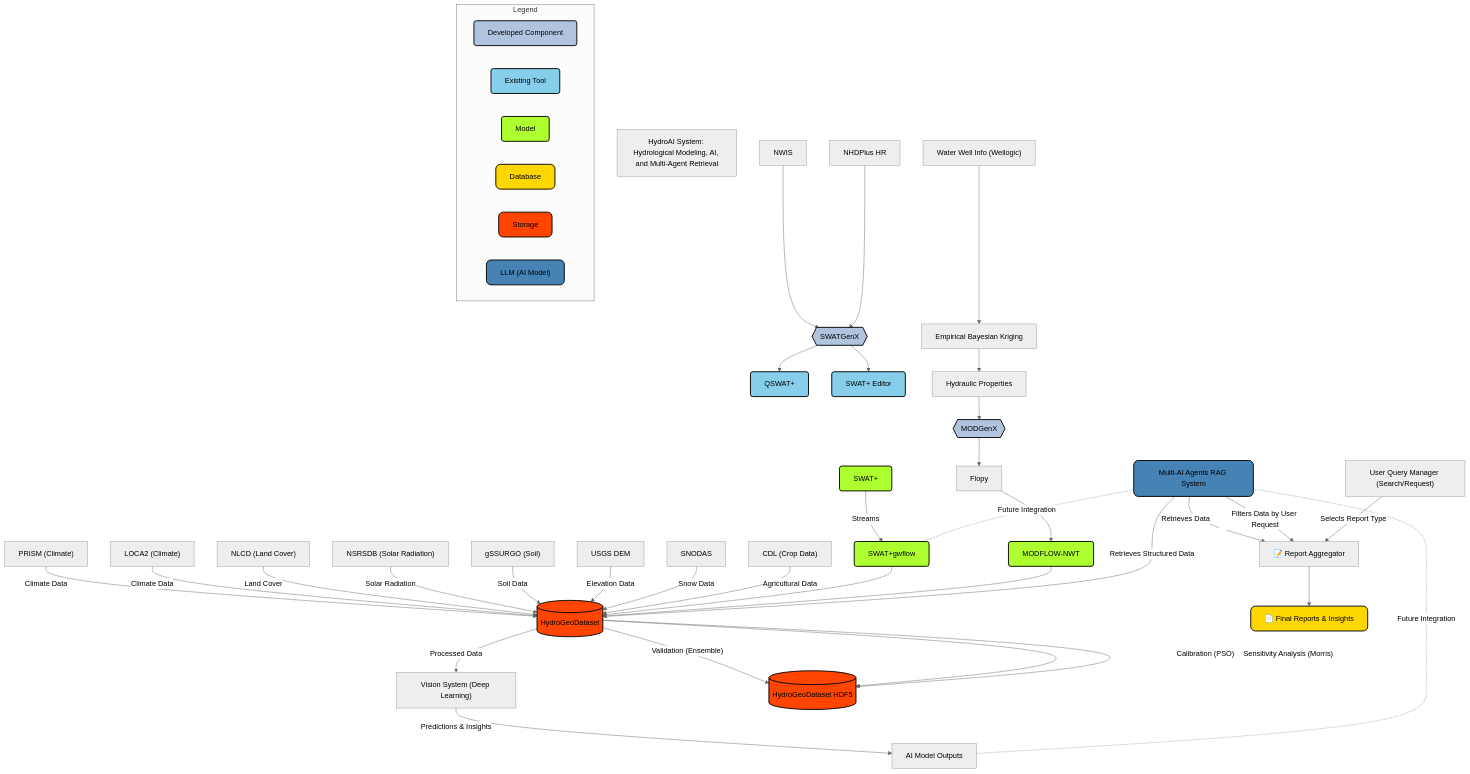
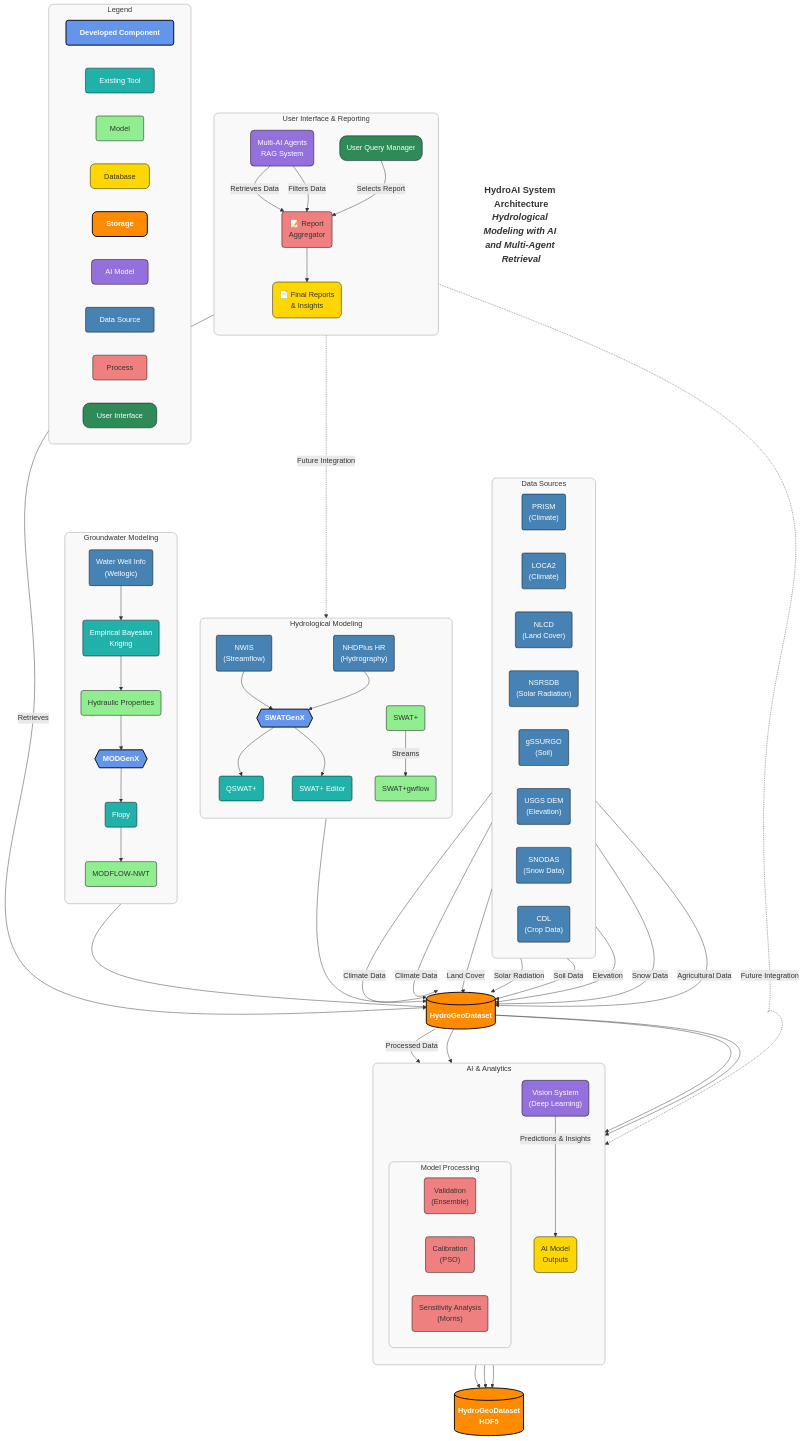
One commit to VahidMSU/HydroDeepNet changed the diagram in README.md. Above: the diagram before and after it, drawn with Mermaid.

Commit message:
Fix Mermaid rendering issue

````diff
--- a/README.md
+++ b/README.md
@@ -1,56 +1,116 @@
 ```mermaid
-%%{init: {'theme': 'neutral', 'flowchart': {'curve': 'basis'}}}%%
+%%{init: {'theme': 'default', 'flowchart': {'curve': 'natural', 'diagramPadding': 20}, 'themeVariables': {'fontSize': '16px', 'fontFamily': 'arial'}}}%%
 graph TB
-    title["HydroAI System: Hydrological Modeling, AI, and Multi-Agent Retrieval"]
+    title["<b>HydroAI System Architecture</b><br><i>Hydrological Modeling with AI and Multi-Agent Retrieval</i>"]:::title
 
-    %% Data Sources
-    PRISM["PRISM (Climate)"] -->|Climate Data| HydroGeoDataset[(HydroGeoDataset)]
-    LOCA2["LOCA2 (Climate)"] -->|Climate Data| HydroGeoDataset
-    NLCD["NLCD (Land Cover)"] -->|Land Cover| HydroGeoDataset
-    NSRSDB["NSRSDB (Solar Radiation)"] -->|Solar Radiation| HydroGeoDataset
-    gSSURGO["gSSURGO (Soil)"] -->|Soil Data| HydroGeoDataset
-    USGSDEM["USGS DEM"] -->|Elevation Data| HydroGeoDataset
-    SNODAS["SNODAS"] -->|Snow Data| HydroGeoDataset
-    CDL["CDL (Crop Data)"] -->|Agricultural Data| HydroGeoDataset
+    %% Main subgraphs for logical organization
+    subgraph DataSources["Data Sources"]
+        direction LR
+        PRISM("PRISM<br>(Climate)"):::datasource
+        LOCA2("LOCA2<br>(Climate)"):::datasource
+        NLCD("NLCD<br>(Land Cover)"):::datasource
+        NSRSDB("NSRSDB<br>(Solar Radiation)"):::datasource
+        gSSURGO("gSSURGO<br>(Soil)"):::datasource
+        USGSDEM("USGS DEM<br>(Elevation)"):::datasource
+        SNODAS("SNODAS<br>(Snow Data)"):::datasource
+        CDL("CDL<br>(Crop Data)"):::datasource
+    end
 
-    %% Hydrological Model Processing
-    NWIS["NWIS"] --> SWATGenX{{SWATGenX}}
-    NHDPlusHR["NHDPlus HR"] --> SWATGenX
-    SWATGenX --> QSWATPlus["QSWAT+"]
-    SWATGenX --> SWATPlusEditor["SWAT+ Editor"]
-    SWATPlus["SWAT+"] -->|Streams| SWATPlusGwflow["SWAT+gwflow"]
+    subgraph HydroModels["Hydrological Modeling"]
+        direction TB
+        NWIS("NWIS<br>(Streamflow)"):::datasource
+        NHDPlusHR("NHDPlus HR<br>(Hydrography)"):::datasource
+        SWATGenX{{SWATGenX}}:::developed
+        QSWATPlus("QSWAT+"):::existing
+        SWATPlusEditor("SWAT+ Editor"):::existing
+        SWATPlus("SWAT+"):::models
+        SWATPlusGwflow("SWAT+gwflow"):::models
+    end
+
+    subgraph GWModels["Groundwater Modeling"]
+        direction TB
+        WellInfo("Water Well Info<br>(Wellogic)"):::datasource
+        EBK("Empirical Bayesian<br>Kriging"):::existing
+        HydraulicProps("Hydraulic Properties"):::models
+        MODGenX{{MODGenX}}:::developed
+        Flopy("Flopy"):::existing
+        MODFLOWNWT("MODFLOW-NWT"):::models
+    end
+    
+    subgraph AI["AI & Analytics"]
+        direction TB
+        VisionSystem("Vision System<br>(Deep Learning)"):::llm
+        AI_Output("AI Model<br>Outputs"):::database
+        
+        subgraph ModelProcessing["Model Processing"]
+            direction LR
+            Validation("Validation<br>(Ensemble)"):::process
+            Calibration("Calibration<br>(PSO)"):::process
+            Sensitivity("Sensitivity Analysis<br>(Morris)"):::process
+        end
+    end
+    
+    subgraph UserInterface["User Interface & Reporting"]
+        direction TB
+        UserQuery("User Query Manager"):::user
+        MultiAI("Multi-AI Agents<br>RAG System"):::llm
+        ReportAggregator("📝 Report<br>Aggregator"):::process
+        Reports("📄 Final Reports<br>& Insights"):::database
+    end
+    
+    %% Central data storage
+    HydroGeoDataset[("HydroGeoDataset")]:::storage
+    HydroGeoDataset_HDF5[("HydroGeoDataset<br>HDF5")]:::storage
+    
+    %% Connections between components
+    %% Data source connections
+    PRISM -->|Climate Data| HydroGeoDataset
+    LOCA2 -->|Climate Data| HydroGeoDataset
+    NLCD -->|Land Cover| HydroGeoDataset
+    NSRSDB -->|Solar Radiation| HydroGeoDataset
+    gSSURGO -->|Soil Data| HydroGeoDataset
+    USGSDEM -->|Elevation| HydroGeoDataset
+    SNODAS -->|Snow Data| HydroGeoDataset
+    CDL -->|Agricultural Data| HydroGeoDataset
+
+    %% Hydrological modeling connections
+    NWIS --> SWATGenX
+    NHDPlusHR --> SWATGenX
+    SWATGenX --> QSWATPlus
+    SWATGenX --> SWATPlusEditor
+    SWATPlus -->|Streams| SWATPlusGwflow
     SWATPlusGwflow --> HydroGeoDataset
 
-    %% Groundwater Model Processing
-    WellInfo["Water Well Info (Wellogic)"] --> EBK["Empirical Bayesian Kriging"]
-    EBK --> HydraulicProps["Hydraulic Properties"]
-    HydraulicProps --> MODGenX{{MODGenX}}
-    MODGenX --> Flopy["Flopy"]
-    Flopy --> MODFLOWNWT["MODFLOW-NWT"]
+    %% Groundwater modeling connections
+    WellInfo --> EBK
+    EBK --> HydraulicProps
+    HydraulicProps --> MODGenX
+    MODGenX --> Flopy
+    Flopy --> MODFLOWNWT
     MODFLOWNWT --> HydroGeoDataset
 
-    %% AI & Vision System Processing
-    VisionSystem["Vision System (Deep Learning)"]
+    %% AI & Analytics connections
     HydroGeoDataset -->|Processed Data| VisionSystem
-    VisionSystem -->|Predictions & Insights| AI_Output["AI Model Outputs"]
+    VisionSystem -->|Predictions & Insights| AI_Output
+    
+    %% Processing connections
+    HydroGeoDataset --> Validation
+    HydroGeoDataset --> Calibration
+    HydroGeoDataset --> Sensitivity
+    Validation --> HydroGeoDataset_HDF5
+    Calibration --> HydroGeoDataset_HDF5
+    Sensitivity --> HydroGeoDataset_HDF5
 
-    %% Parallel Processing and Report Generation
-    HydroGeoDataset -- "Validation (Ensemble)" --> HydroGeoDataset_HDF5[("HydroGeoDataset HDF5")]
-    HydroGeoDataset -- "Calibration (PSO)" --> HydroGeoDataset_HDF5
-    HydroGeoDataset -- "Sensitivity Analysis (Morris)" --> HydroGeoDataset_HDF5
+    %% User interface connections
+    MultiAI -->|Retrieves Data| ReportAggregator
+    ReportAggregator --> Reports
+    MultiAI -->|Retrieves| HydroGeoDataset
+    MultiAI -->|Filters Data| ReportAggregator
+    UserQuery -->|Selects Report| ReportAggregator
 
-    %% Multi-AI RAG System (User Interaction and Data Retrieval)
-    UserQuery["User Query Manager (Search/Request)"] 
-    MultiAI["Multi-AI Agents RAG System"] -->|Retrieves Data| ReportAggregator["📝 Report Aggregator"]
-    ReportAggregator --> Reports["📄 Final Reports & Insights"]
-    
-    MultiAI -->|Retrieves Structured Data| HydroGeoDataset
-    MultiAI -->|Filters Data by User Request| ReportAggregator
-    UserQuery -->|Selects Report Type| ReportAggregator
-
-    %% Potential Future Connections
-    MultiAI -.-|Future Integration| AI_Output
-    MultiAI -.-|Future Integration| SWATPlusGwflow
+    %% Future connections
+    MultiAI -.->|Future Integration| AI_Output
+    MultiAI -.->|Future Integration| SWATPlusGwflow
 
     %% Legend
     subgraph Legend["Legend"]
@@ -60,28 +120,25 @@
         mod["Model"]:::models
         db["Database"]:::database
         sto["Storage"]:::storage
-        llm["LLM (AI Model)"]:::llm
+        llm["AI Model"]:::llm
+        ds["Data Source"]:::datasource
+        proc["Process"]:::process
+        usr["User Interface"]:::user
     end
 
-    %% Styling
-    classDef developed fill:#B0C4DE,stroke:#000,stroke-width:2px,rx:5,ry:5
-    classDef existing fill:#87CEEB,stroke:#000,stroke-width:2px,rx:5,ry:5
-    classDef models fill:#ADFF2F,stroke:#000,stroke-width:2px,rx:5,ry:5
-    classDef database fill:#FFD700,stroke:#000,stroke-width:2px,rx:10,ry:10
-    classDef storage fill:#FF4500,stroke:#000,stroke-width:2px,rx:10,ry:10
-    classDef llm fill:#4682B4,stroke:#000,stroke-width:2px,rx:10,ry:10
-    classDef title font-size:18px,fill:none,stroke:none
+    %% Enhanced styling with better colors
+    classDef title font-size:20px,fill:none,stroke:none,font-weight:bold,text-align:center
+    classDef developed fill:#6495ED,stroke:#000,stroke-width:2px,rx:5,ry:5,color:white,font-weight:bold
+    classDef existing fill:#20B2AA,stroke:#000,stroke-width:1px,rx:5,ry:5,color:white
+    classDef models fill:#90EE90,stroke:#000,stroke-width:1px,rx:5,ry:5
+    classDef database fill:#FFD700,stroke:#000,stroke-width:1px,rx:10,ry:10
+    classDef storage fill:#FF8C00,stroke:#000,stroke-width:2px,rx:10,ry:10,color:white,font-weight:bold
+    classDef llm fill:#9370DB,stroke:#000,stroke-width:1px,rx:8,ry:8,color:white
+    classDef datasource fill:#4682B4,stroke:#000,stroke-width:1px,rx:4,ry:4,color:white
+    classDef process fill:#F08080,stroke:#000,stroke-width:1px,rx:6,ry:6
+    classDef user fill:#2E8B57,stroke:#000,stroke-width:1px,rx:15,ry:15,color:white
 
-    %% Assign Classes to Nodes
-    HydroGeoDataset_HDF5:::storage
-    HydroGeoDataset:::storage
-    SWATPlusGwflow:::models
-    SWATPlus:::models
-    MODFLOWNWT:::models
-    QSWATPlus:::existing
-    SWATPlusEditor:::existing
-    SWATGenX:::developed
-    MODGenX:::developed
-    MultiAI:::llm
-    Reports:::database
+    %% Subgraph styling
+    classDef subgraphStyle fill:#f9f9f9,stroke:#999,stroke-width:1px,rx:10,ry:10,color:#333
+    class DataSources,HydroModels,GWModels,AI,UserInterface,ModelProcessing,Legend subgraphStyle
 ```
````
